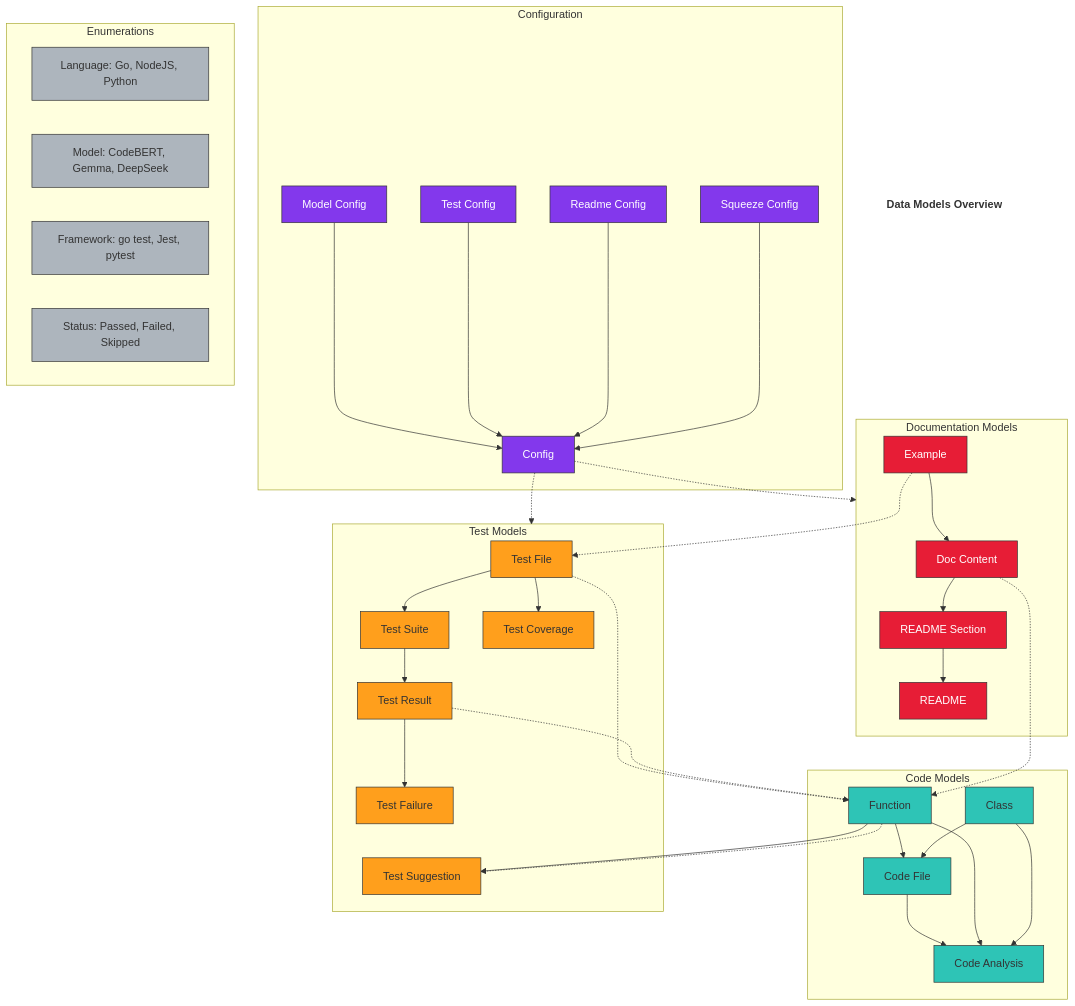
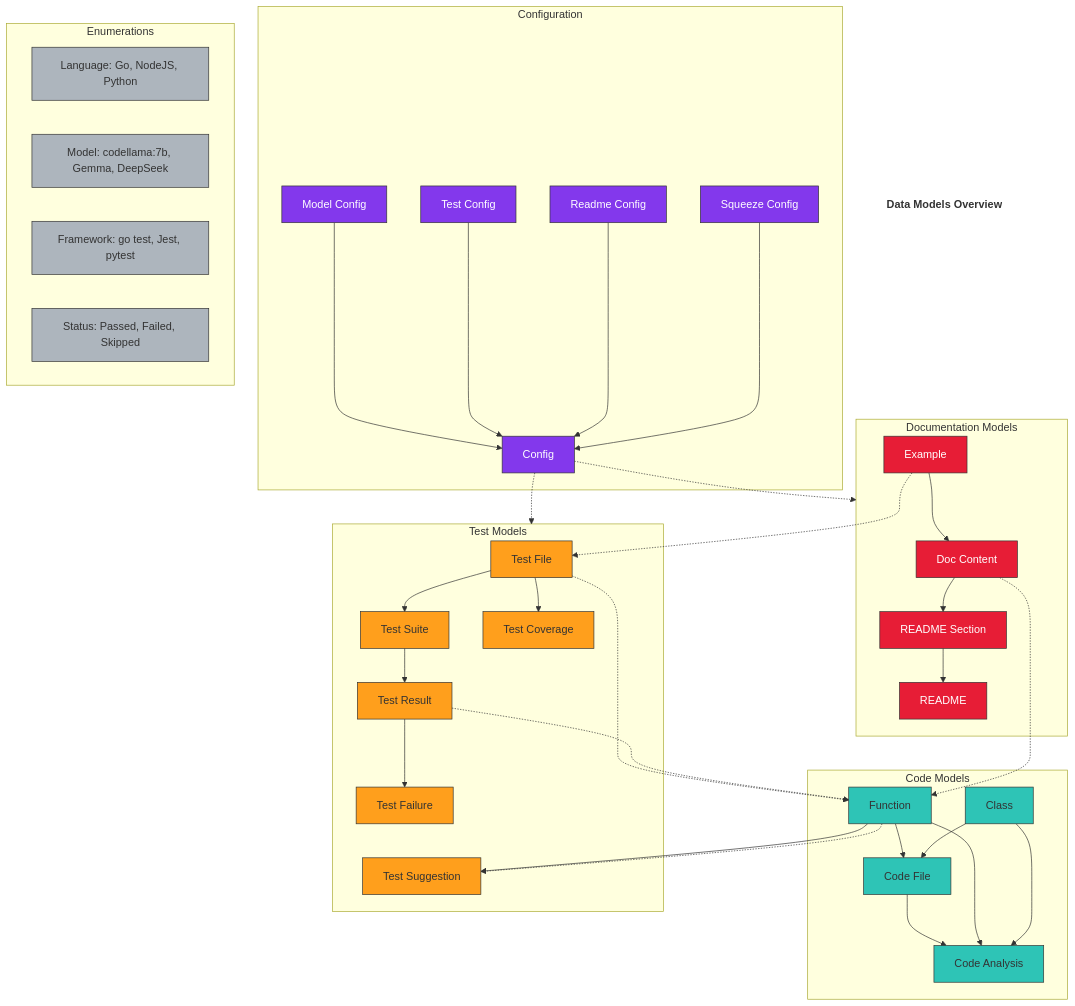
The diagram in docs/diagrams/data-models.mmd (Drecoder/spoke-tool), drawn with Mermaid before and after one commit. The commit also changed 27 other files, not shown here.

```diff
--- a/docs/diagrams/data-models.mmd
+++ b/docs/diagrams/data-models.mmd
@@ -1,83 +1,83 @@
 graph TD
     title["<b>Data Models Overview</b>"]
     style title fill:#fff,stroke:#333,stroke-width:0px,color:#333
     
     subgraph Code[Code Models]
         CF[Code File]
         FN[Function]
         CL[Class]
         CA[Code Analysis]
         
         CF --> CA
         FN --> CA
         CL --> CA
         FN --> CF
         CL --> CF
     end
     
     subgraph Test[Test Models]
         TF[Test File]
         TR[Test Result]
         TS[Test Suite]
         TFAIL[Test Failure]
         TSUG[Test Suggestion]
         TCOV[Test Coverage]
         
         TF --> TS
         TS --> TR
         TR --> TFAIL
         FN --> TSUG
         TF --> TCOV
     end
     
     subgraph Doc[Documentation Models]
         DC[Doc Content]
         RE[README]
         RS[README Section]
         EX[Example]
         
         EX --> DC
         DC --> RS
         RS --> RE
     end
     
     subgraph Config[Configuration]
         C[Config]
         MC[Model Config]
         TC[Test Config]
         RC[Readme Config]
         SC[Squeeze Config]
         
         MC --> C
         TC --> C
         RC --> C
         SC --> C
     end
     
     subgraph Enum[Enumerations]
         L[Language: Go, NodeJS, Python]
-        MF[Model: CodeBERT, Gemma, DeepSeek]
+        MF[Model: codellama:7b, Gemma, DeepSeek]
         FR[Framework: go test, Jest, pytest]
         ST[Status: Passed, Failed, Skipped]
     end
     
     %% Relationships
     FN -.-> TSUG
     TF -.-> FN
     TR -.-> FN
     DC -.-> FN
     EX -.-> TF
     C -.-> Test
     C -.-> Doc
     
     classDef code fill:#2ec4b6,stroke:#333,color:#333
     classDef test fill:#ff9f1c,stroke:#333,color:#333
     classDef doc fill:#e71d36,stroke:#333,color:#fff
     classDef config fill:#8338ec,stroke:#333,color:#fff
     classDef enum fill:#adb5bd,stroke:#333,color:#333
     
     class CF,FN,CL,CA code
     class TF,TR,TS,TFAIL,TSUG,TCOV test
     class DC,RE,RS,EX doc
     class C,MC,TC,RC,SC config
     class L,MF,FR,ST enum
```
